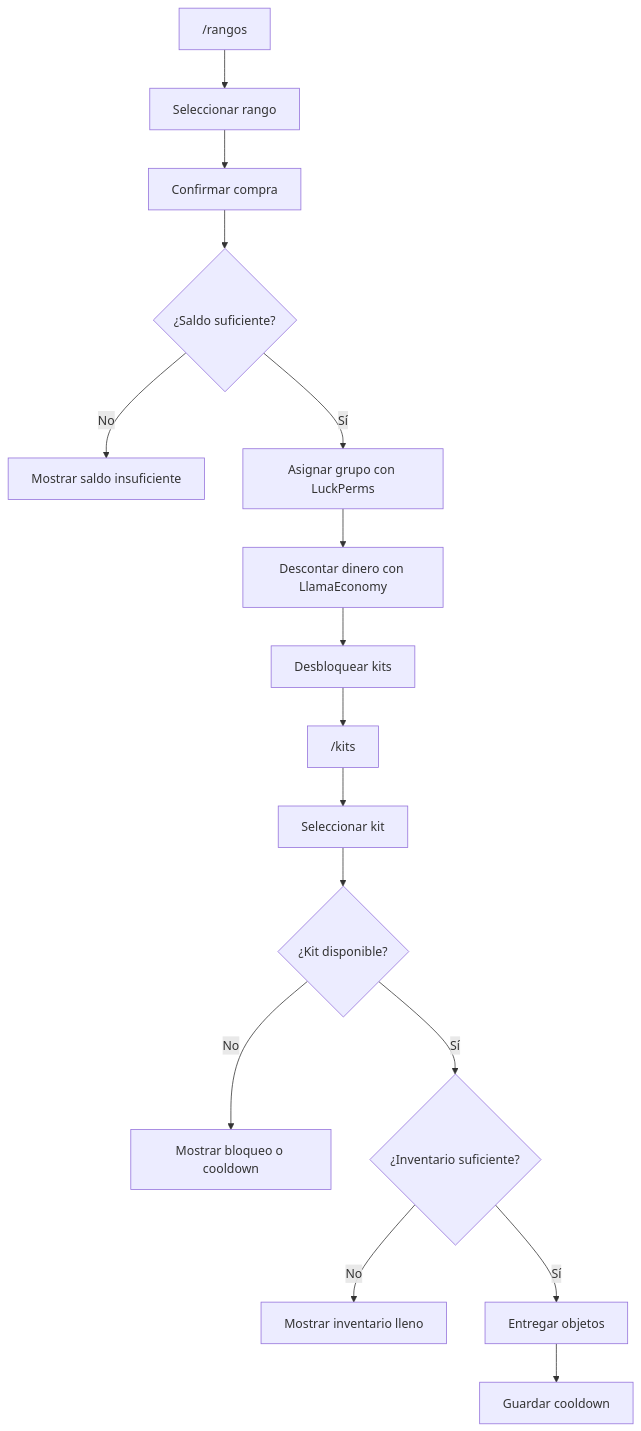
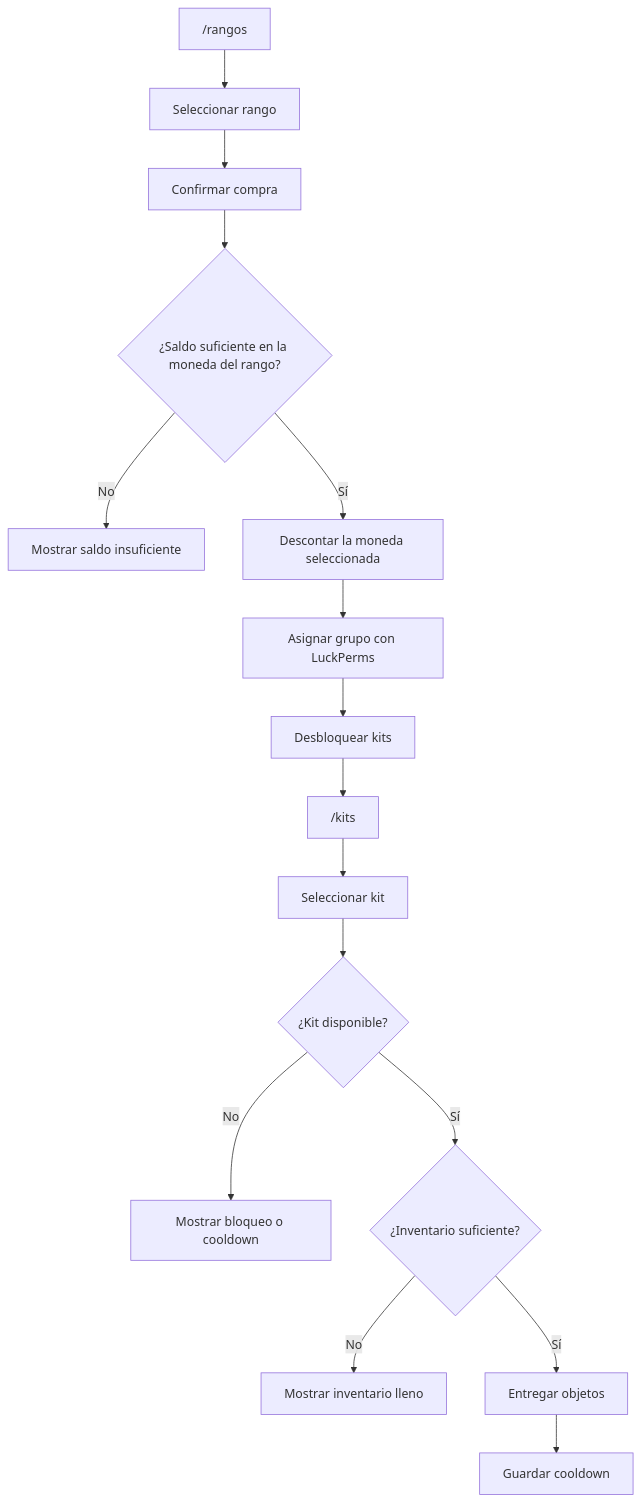
The diagram in README.md (BrunoJaegerK/RankshopUIV2), drawn with Mermaid before and after one commit. The commit also changed other lines of this file and 7 other files, not shown here.

````diff
--- a/README.md
+++ b/README.md
@@ -127,18 +128,18 @@
 ```mermaid
 flowchart TD
     A["/rangos"] --> B["Seleccionar rango"]
     B --> C["Confirmar compra"]
-    C --> D{"¿Saldo suficiente?"}
+    C --> D{"¿Saldo suficiente en la moneda del rango?"}
     D -- "No" --> E["Mostrar saldo insuficiente"]
-    D -- "Sí" --> F["Asignar grupo con LuckPerms"]
-    F --> G["Descontar dinero con LlamaEconomy"]
+    D -- "Sí" --> F["Descontar la moneda seleccionada"]
+    F --> G["Asignar grupo con LuckPerms"]
     G --> H["Desbloquear kits"]
     H --> I["/kits"]
     I --> J["Seleccionar kit"]
     J --> K{"¿Kit disponible?"}
     K -- "No" --> L["Mostrar bloqueo o cooldown"]
     K -- "Sí" --> M{"¿Inventario suficiente?"}
     M -- "No" --> N["Mostrar inventario lleno"]
     M -- "Sí" --> O["Entregar objetos"]
     O --> P["Guardar cooldown"]
 ```
````
